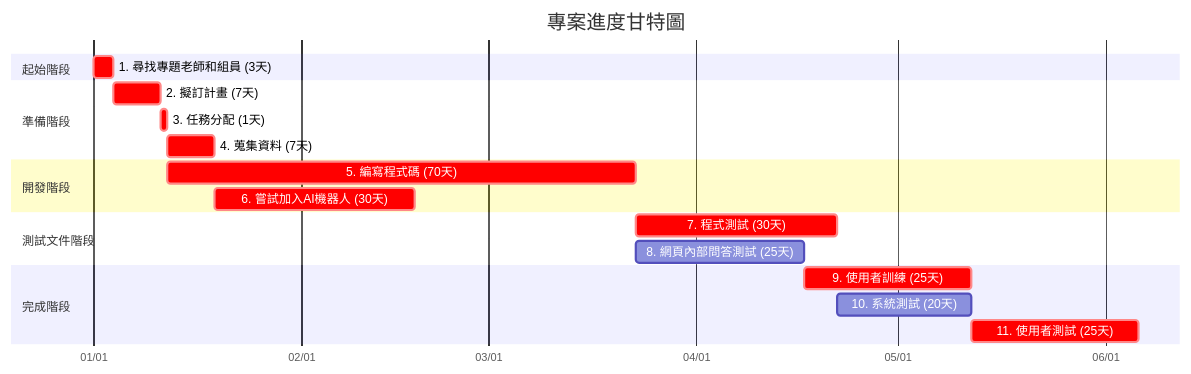
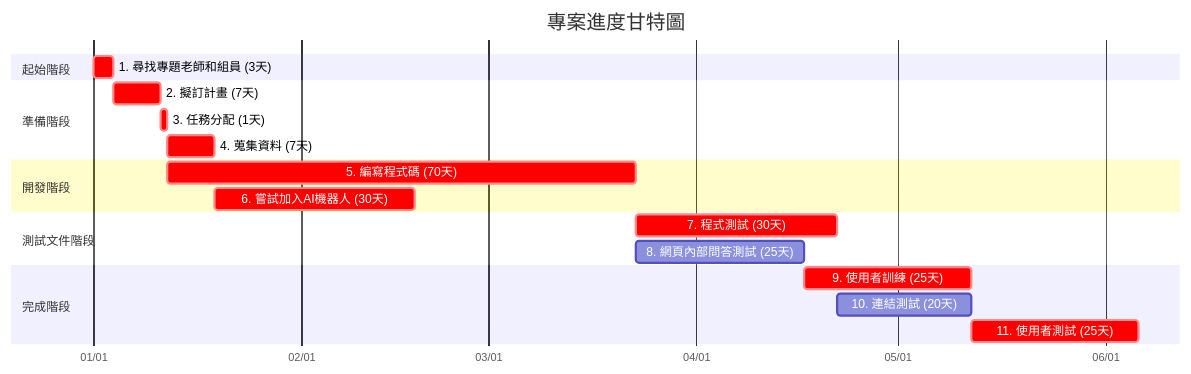
One commit to c112118202-droid/- changed the second of 3 diagrams in hw2.md. Above: the diagram before and after it, drawn with Mermaid. The commit also changed other lines of this file, not shown here.

````diff
--- a/hw2.md
+++ b/hw2.md
@@ -28,27 +28,27 @@
 ```mermaid
 gantt
     title 專案進度甘特圖
     dateFormat YYYY-MM-DD
     axisFormat %m/%d
     
     section 起始階段
     1. 尋找專題老師和組員 (3天)     :crit, m1, 2025-01-01, 3d
     
     section 準備階段
     2. 擬訂計畫 (7天)     :crit, m2, after m1, 7d
     3. 任務分配 (1天)    :crit, m3, after m2, 1d
     4. 蒐集資料 (7天)    :crit, m4, after m3, 7d
 
     section 開發階段
     5. 編寫程式碼 (70天)    :crit, m5, after m3, 70d
     6. 嘗試加入AI機器人 (30天)    :crit, m6, after m4, 30d
     
     section 測試文件階段
     7. 程式測試 (30天)    :crit, m7, after m5, 30d
     8. 網頁內部問答測試 (25天) :m8, after m5, 25d
         
     section 完成階段
     9. 使用者訓練 (25天)    :crit, m9, after m8, 25d
-    10. 系統測試 (20天)  :m10, after m7 m8, 20d
+    10. 連結測試 (20天)  :m10, after m7 m8, 20d
     11. 使用者測試 (25天)  :crit, m11, after m9 m10, 25d
 ```
````
